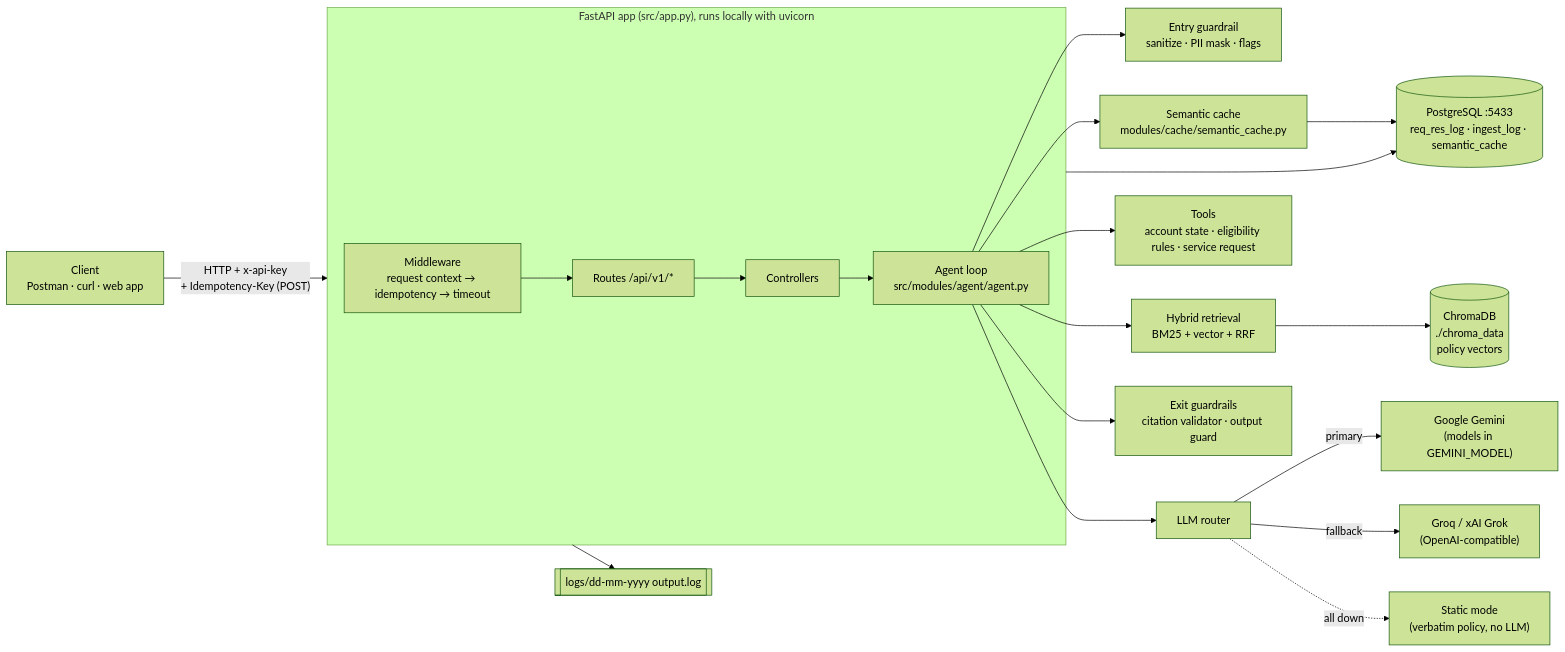
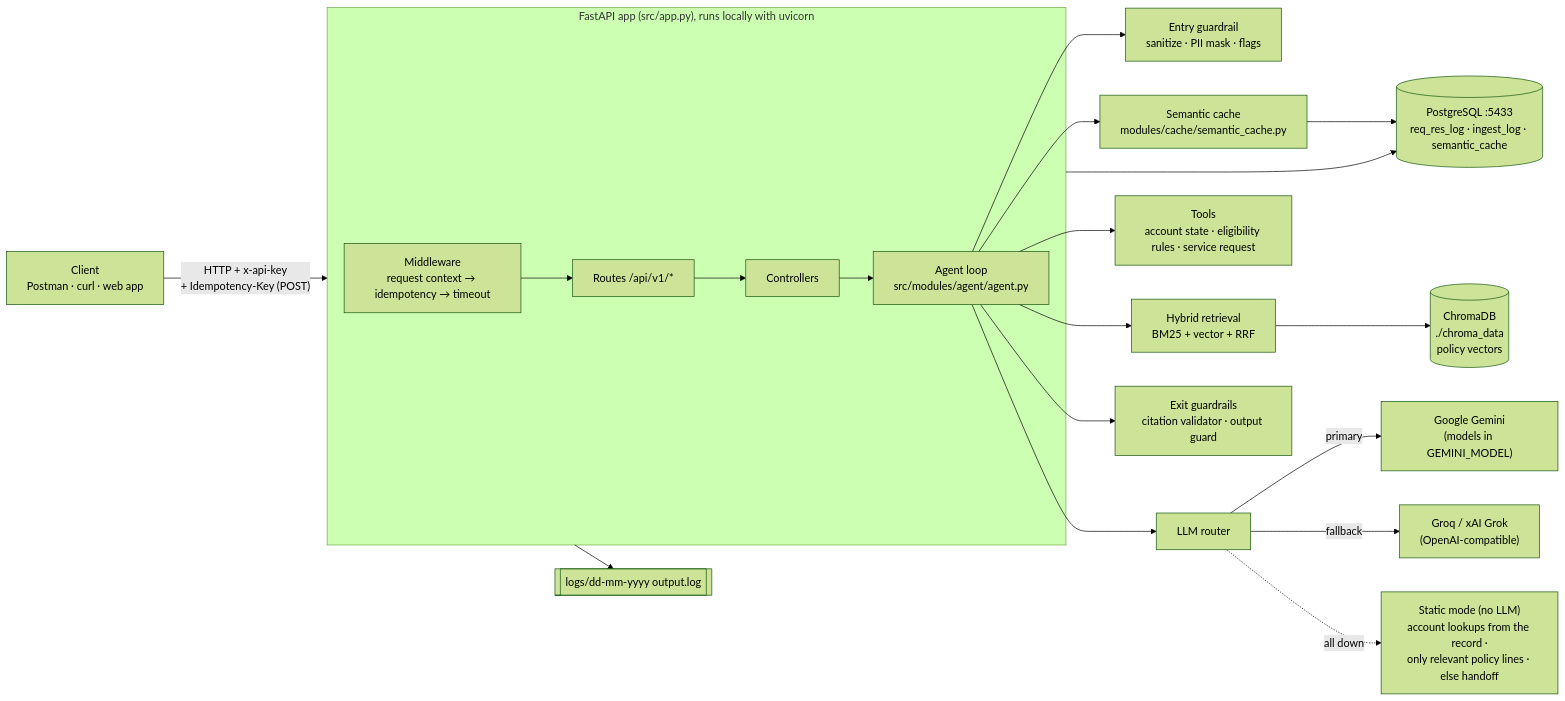
The first of 7 diagrams in docs/ARCHITECTURE.md (annu8932091318/Grounded-Card-RAG), drawn with Mermaid (forest theme) before and after one commit. The commit also changed other lines of this file and 38 other files, not shown here.

````diff
--- a/docs/ARCHITECTURE.md
+++ b/docs/ARCHITECTURE.md
@@ -8,25 +8,25 @@
 ```mermaid
 flowchart LR
     client["Client<br/>Postman · curl · web app"] -->|"HTTP + x-api-key<br/>+ Idempotency-Key (POST)"| api
 
     subgraph api["FastAPI app (src/app.py), runs locally with uvicorn"]
         mw["Middleware<br/>request context → idempotency → timeout"] --> routes["Routes /api/v1/*"] --> ctrl["Controllers"]
         ctrl --> agent["Agent loop<br/>src/modules/agent/agent.py"]
     end
 
     agent --> guard_in["Entry guardrail<br/>sanitize · PII mask · flags"]
     agent --> cache["Semantic cache<br/>modules/cache/semantic_cache.py"]
     agent --> retr["Hybrid retrieval<br/>BM25 + vector + RRF"]
     agent --> tools["Tools<br/>account state · eligibility rules · service request"]
     agent --> router["LLM router"]
     agent --> guard_out["Exit guardrails<br/>citation validator · output guard"]
 
     retr --> chroma[("ChromaDB<br/>./chroma_data<br/>policy vectors")]
     router -->|primary| gemini["Google Gemini<br/>(models in GEMINI_MODEL)"]
     router -->|fallback| groq["Groq / xAI Grok<br/>(OpenAI-compatible)"]
-    router -.->|all down| static["Static mode<br/>(verbatim policy, no LLM)"]
+    router -.->|all down| static["Static mode (no LLM)<br/>account lookups from the record ·<br/>only relevant policy lines · else handoff"]
 
     cache --> pg
     api --> pg[("PostgreSQL :5433<br/>req_res_log · ingest_log · semantic_cache")]
     api --> logs[["logs/dd-mm-yyyy output.log"]]
 ```
````
